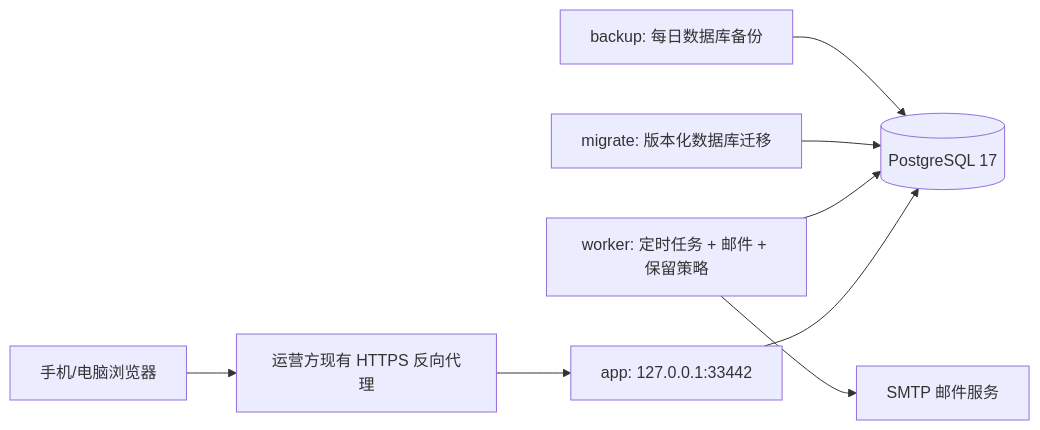
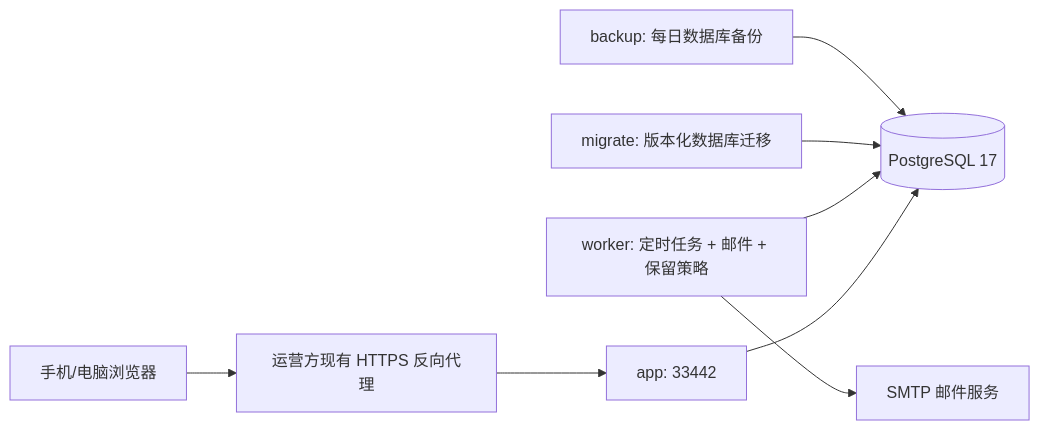
Before and after one commit to 1075375006/liang-ge-ren: the second of 2 diagrams in docs/设计文档.md, drawn with Mermaid. The commit also changed other lines of this file and 10 other files, not shown here.

````diff
--- a/docs/设计文档.md
+++ b/docs/设计文档.md
@@ -121,10 +121,10 @@
 ```mermaid
 flowchart LR
     U[手机/电脑浏览器] --> R[运营方现有 HTTPS 反向代理]
-    R --> A[app: 127.0.0.1:33442]
+    R --> A[app: 33442]
     A --> P[(PostgreSQL 17)]
     W[worker: 定时任务 + 邮件 + 保留策略] --> P
     W --> M[SMTP 邮件服务]
     X[migrate: 版本化数据库迁移] --> P
     B[backup: 每日数据库备份] --> P
 ```
````
